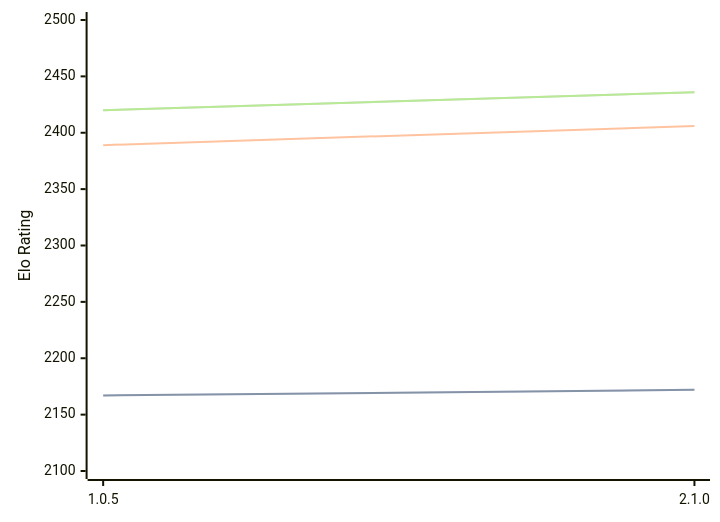
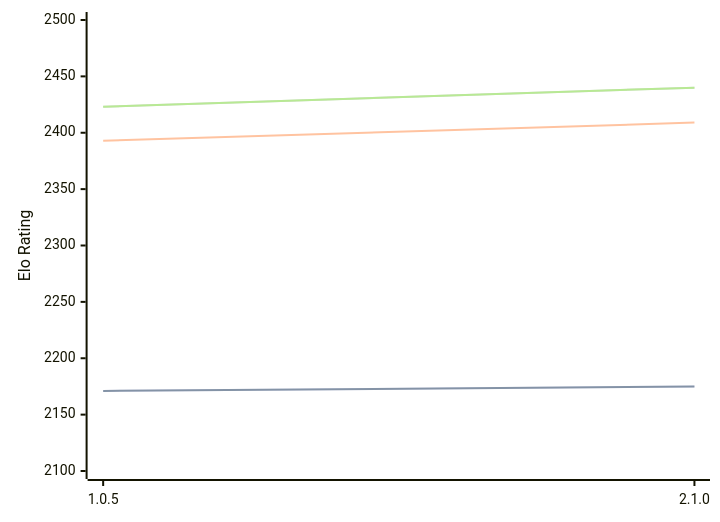
Before and after one commit to computer-chess-index/cci: the diagram in engines/Ruffian.md, drawn with Mermaid. The commit also changed other lines of this file, not shown here.

Commit message:
Update CCI Ratings (ELO VLTC) - 2026-02-24

````diff
--- a/engines/Ruffian.md
+++ b/engines/Ruffian.md
@@ -29,11 +29,11 @@
 ```mermaid
 %%{init: {"theme":"base","themeVariables":{"seriesColors:['#a3a3a3','#222221','#faa371']}}}%%
 xychart-beta
   x-axis ["1.0.5", "2.1.0"]
   y-axis "Elo Rating" 2100 --> 2500
-  line "STC (8.0+0.08s)" [2167, 2172]
-  line "STC (8.0+0.08s)" [2167, 2172]
-  line "LTC (60.0+0.60s)" [2389, 2406]
-  line "VLTC (2m24s+1.12s)" [2420, 2436]
-  line "VLTC (2m24s+1.12s)" [2420, 2436]
+  line "STC (8.0+0.08s)" [2171, 2175]
+  line "STC (8.0+0.08s)" [2171, 2175]
+  line "LTC (60.0+0.60s)" [2393, 2409]
+  line "VLTC (2m24s+1.12s)" [2423, 2440]
+  line "VLTC (2m24s+1.12s)" [2423, 2440]
 ```
````
